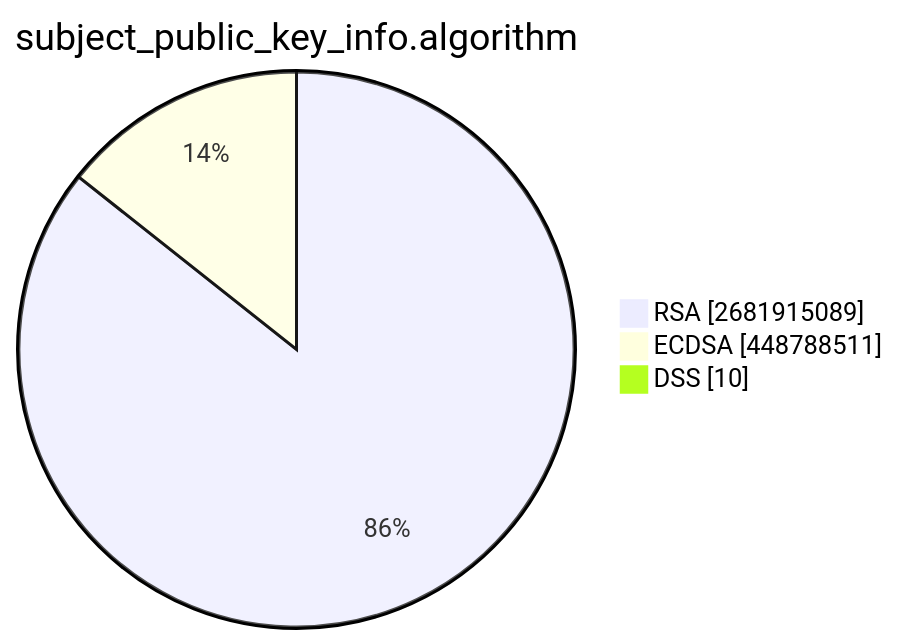
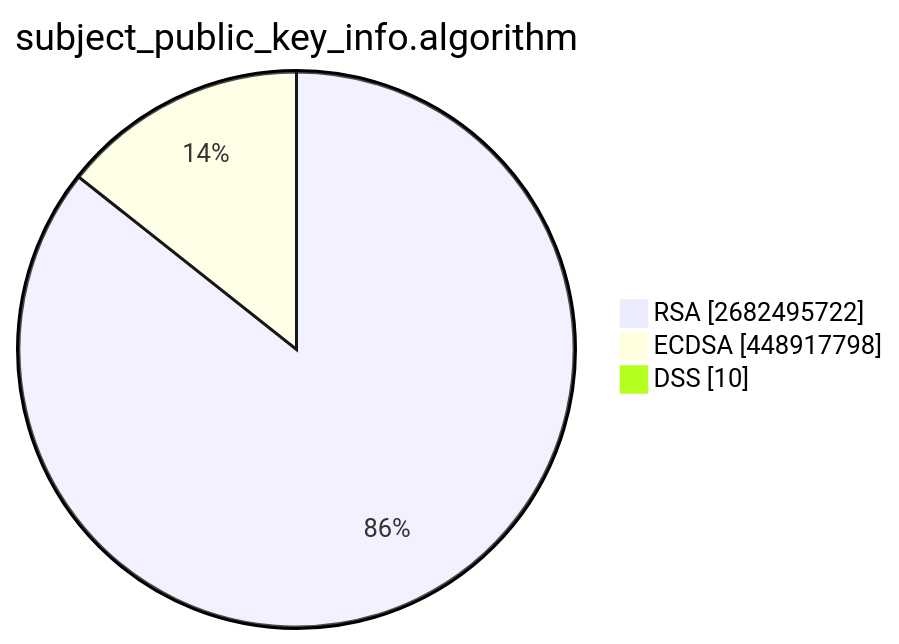
One commit to christiankrug/ctmonitor_visualization changed the second of 15 diagrams in TOTAL/README.md. Above: the diagram before and after it, drawn with Mermaid. The commit also changed other lines of this file, not shown here.

````diff
--- a/TOTAL/README.md
+++ b/TOTAL/README.md
@@ -6,7 +6,7 @@
 ```mermaid
 pie showData
 title subject_public_key_info.algorithm
-"RSA" :2681915089
-"ECDSA" :448788511
+"RSA" :2682495722
+"ECDSA" :448917798
 "DSS" :10
 ```
````
